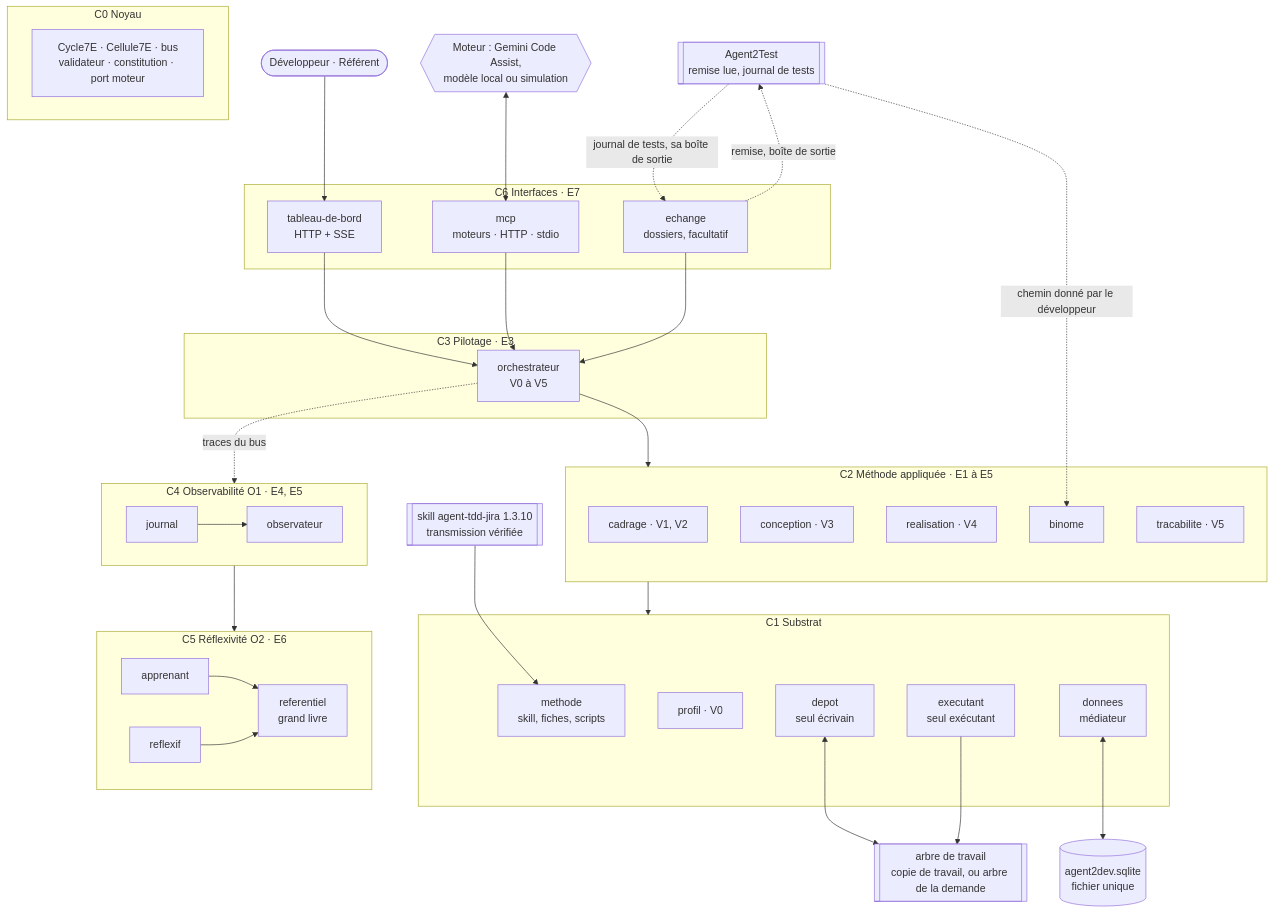
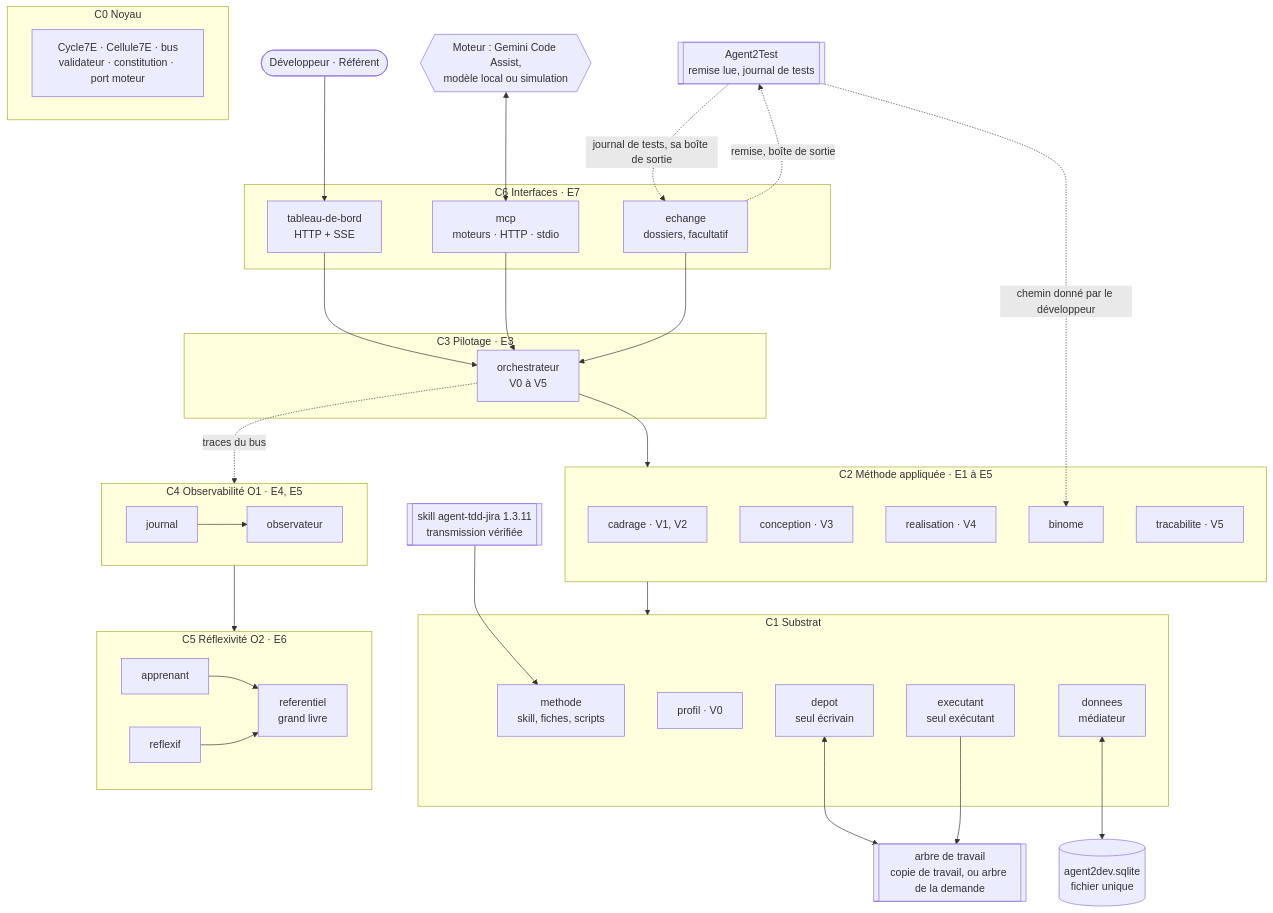
One commit to FredGarcia/Agent2Prompt changed the diagram in specs/agent2dev/SKILL.md. Above: the diagram before and after it, drawn with Mermaid. The commit also changed other lines of this file and 96 other files, not shown here.

````diff
--- a/specs/agent2dev/SKILL.md
+++ b/specs/agent2dev/SKILL.md
@@ -73,57 +74,57 @@
 ```mermaid
 flowchart TB
   DEV(["Développeur · Référent"])
   GEM{{"Moteur : Gemini Code Assist,<br/>modèle local ou simulation"}}
-  SK[["skill agent-tdd-jira 1.3.10<br/>transmission vérifiée"]]
+  SK[["skill agent-tdd-jira 1.3.11<br/>transmission vérifiée"]]
   A2T[["Agent2Test<br/>remise lue, journal de tests"]]
   subgraph C6["C6 Interfaces · E7"]
     TDB["tableau-de-bord<br/>HTTP + SSE"]
     MCP["mcp<br/>moteurs · HTTP · stdio"]
     ECH["echange<br/>dossiers, facultatif"]
   end
   subgraph C3["C3 Pilotage · E3"]
     ORC["orchestrateur<br/>V0 à V5"]
   end
   subgraph C2["C2 Méthode appliquée · E1 à E5"]
     CAD["cadrage · V1, V2"]
     CON["conception · V3"]
     REA["realisation · V4"]
     BIN["binome"]
     TRA["tracabilite · V5"]
   end
   subgraph C1["C1 Substrat"]
     MET["methode<br/>skill, fiches, scripts"]
     PRO["profil · V0"]
     DEP["depot<br/>seul écrivain"]
     EXE["executant<br/>seul exécutant"]
     DON["donnees<br/>médiateur"]
   end
   subgraph C0["C0 Noyau"]
     K["Cycle7E · Cellule7E · bus<br/>validateur · constitution · port moteur"]
   end
   subgraph C4["C4 Observabilité O1 · E4, E5"]
     JRN["journal"] --> OBS["observateur"]
   end
   subgraph C5["C5 Réflexivité O2 · E6"]
     APP["apprenant"] --> REF["referentiel<br/>grand livre"]
     RFX["reflexif"] --> REF
   end
   PROJ[["arbre de travail<br/>copie de travail, ou arbre de la demande"]]
   BDD[("agent2dev.sqlite<br/>fichier unique")]
   DEV --> TDB
   GEM <--> MCP
   TDB --> ORC
   MCP --> ORC
   ECH --> ORC
   ORC --> C2
   C2 --> C1
   SK --> MET
   A2T -.->|"chemin donné par le développeur"| BIN
   ECH -.->|"remise, boîte de sortie"| A2T
   A2T -.->|"journal de tests, sa boîte de sortie"| ECH
   DEP <--> PROJ
   EXE --> PROJ
   DON <--> BDD
   ORC -.->|"traces du bus"| C4
   C4 --> C5
 ```
````
